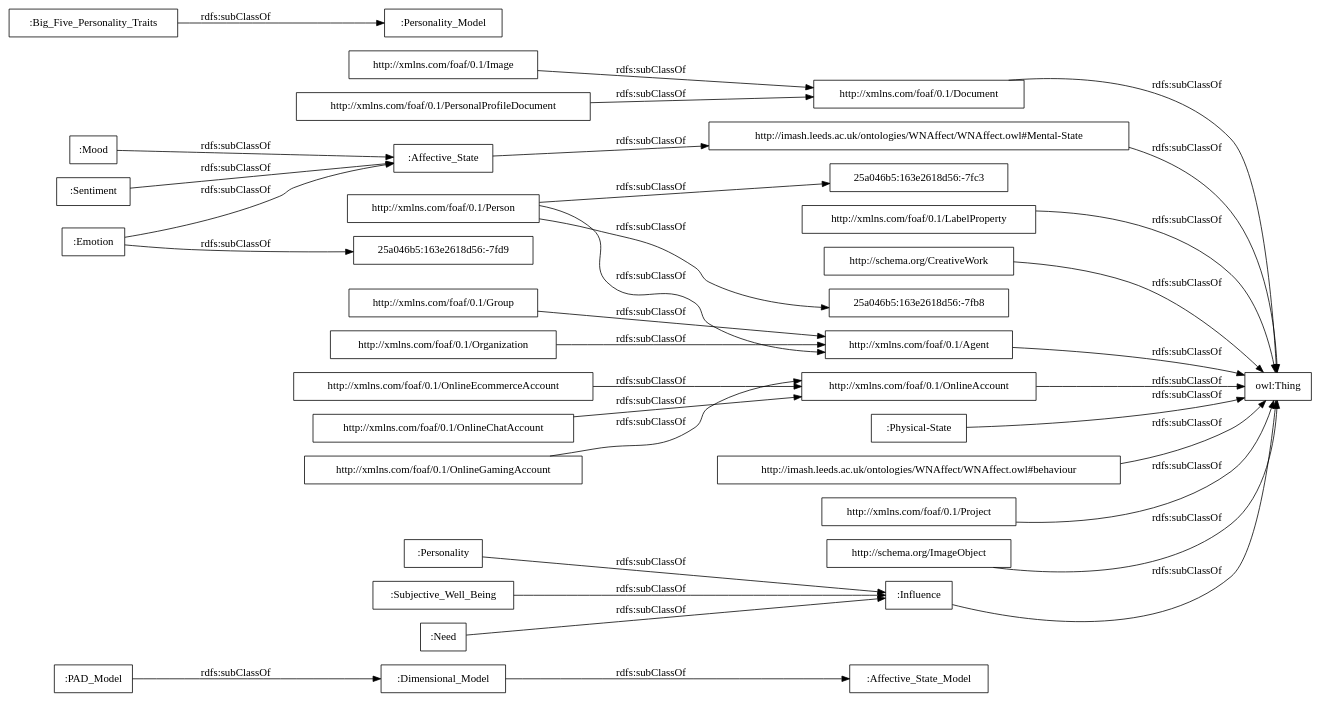
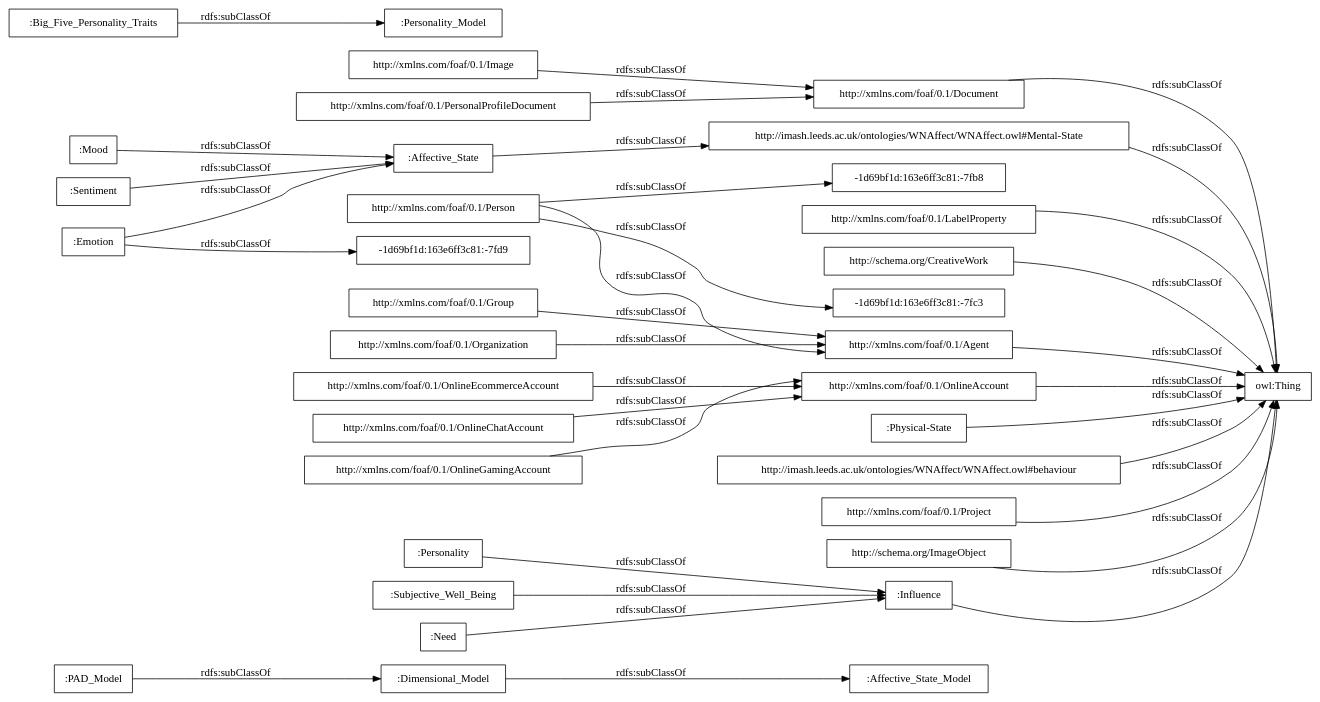
The diagram in OnToology/Affective_States_Influences_Relations_Module.owl/diagrams/ar2dtool-taxonomy/Affective_States_Influences_Relations_Module.owl.png.dot (rana-othman/HASIO-Modularization), drawn with Graphviz before and after one commit. The commit also changed 97 other files, not shown here.

```diff
--- a/OnToology/Affective_States_Influences_Relations_Module.owl/diagrams/ar2dtool-taxonomy/Affective_States_Influences_Relations_Module.owl.png.dot
+++ b/OnToology/Affective_States_Influences_Relations_Module.owl/diagrams/ar2dtool-taxonomy/Affective_States_Influences_Relations_Module.owl.png.dot
@@ -1,38 +1,38 @@
 digraph ar2dtool_diagram { 
 rankdir=LR;
 size="1000"
-node [shape = rectangle, color="black"]; ":Affective_State_Model" ":Personality" "http://xmlns.com/foaf/0.1/Document" ":Sentiment" ":Emotion" "http://xmlns.com/foaf/0.1/OnlineGamingAccount" "25a046b5:163e2618d56:-7fc3" "http://xmlns.com/foaf/0.1/Group" ":Influence" ":Affective_State" "http://imash.leeds.ac.uk/ontologies/WNAffect/WNAffect.owl#Mental-State" "http://xmlns.com/foaf/0.1/LabelProperty" ":Mood" ":Dimensional_Model" "http://xmlns.com/foaf/0.1/Person" ":Need" "25a046b5:163e2618d56:-7fb8" "http://xmlns.com/foaf/0.1/OnlineEcommerceAccount" ":Subjective_Well_Being" "http://schema.org/CreativeWork" "http://xmlns.com/foaf/0.1/Organization" "http://xmlns.com/foaf/0.1/Agent" ":Physical-State" "http://imash.leeds.ac.uk/ontologies/WNAffect/WNAffect.owl#behaviour" ":Personality_Model" "http://xmlns.com/foaf/0.1/OnlineChatAccount" "http://xmlns.com/foaf/0.1/Image" "http://xmlns.com/foaf/0.1/PersonalProfileDocument" ":Big_Five_Personality_Traits" "25a046b5:163e2618d56:-7fd9" ":PAD_Model" "http://xmlns.com/foaf/0.1/Project" "http://schema.org/ImageObject" "http://xmlns.com/foaf/0.1/OnlineAccount" ; /*classes style*/
+node [shape = rectangle, color="black"]; ":Affective_State_Model" ":Personality" "http://xmlns.com/foaf/0.1/Document" "-1d69bf1d:163e6ff3c81:-7fb8" ":Sentiment" ":Emotion" "http://xmlns.com/foaf/0.1/OnlineGamingAccount" "http://xmlns.com/foaf/0.1/Group" ":Influence" ":Affective_State" "http://imash.leeds.ac.uk/ontologies/WNAffect/WNAffect.owl#Mental-State" "http://xmlns.com/foaf/0.1/LabelProperty" ":Mood" ":Dimensional_Model" "http://xmlns.com/foaf/0.1/Person" ":Need" "http://xmlns.com/foaf/0.1/OnlineEcommerceAccount" ":Subjective_Well_Being" "http://schema.org/CreativeWork" "http://xmlns.com/foaf/0.1/Organization" "-1d69bf1d:163e6ff3c81:-7fd9" "http://xmlns.com/foaf/0.1/Agent" ":Physical-State" "http://imash.leeds.ac.uk/ontologies/WNAffect/WNAffect.owl#behaviour" ":Personality_Model" "http://xmlns.com/foaf/0.1/OnlineChatAccount" "http://xmlns.com/foaf/0.1/Image" "-1d69bf1d:163e6ff3c81:-7fc3" "http://xmlns.com/foaf/0.1/PersonalProfileDocument" ":Big_Five_Personality_Traits" ":PAD_Model" "http://xmlns.com/foaf/0.1/Project" "http://schema.org/ImageObject" "http://xmlns.com/foaf/0.1/OnlineAccount" ; /*classes style*/
 	"http://xmlns.com/foaf/0.1/Project" -> "owl:Thing" [ label = "rdfs:subClassOf" ];
 	":Physical-State" -> "owl:Thing" [ label = "rdfs:subClassOf" ];
 	"http://xmlns.com/foaf/0.1/Document" -> "owl:Thing" [ label = "rdfs:subClassOf" ];
 	":PAD_Model" -> ":Dimensional_Model" [ label = "rdfs:subClassOf" ];
 	"http://schema.org/ImageObject" -> "owl:Thing" [ label = "rdfs:subClassOf" ];
-	":Emotion" -> "25a046b5:163e2618d56:-7fd9" [ label = "rdfs:subClassOf" ];
+	":Emotion" -> "-1d69bf1d:163e6ff3c81:-7fd9" [ label = "rdfs:subClassOf" ];
 	":Emotion" -> ":Affective_State" [ label = "rdfs:subClassOf" ];
 	":Influence" -> "owl:Thing" [ label = "rdfs:subClassOf" ];
 	"http://xmlns.com/foaf/0.1/OnlineGamingAccount" -> "http://xmlns.com/foaf/0.1/OnlineAccount" [ label = "rdfs:subClassOf" ];
 	"http://imash.leeds.ac.uk/ontologies/WNAffect/WNAffect.owl#Mental-State" -> "owl:Thing" [ label = "rdfs:subClassOf" ];
 	"http://xmlns.com/foaf/0.1/PersonalProfileDocument" -> "http://xmlns.com/foaf/0.1/Document" [ label = "rdfs:subClassOf" ];
 	"http://imash.leeds.ac.uk/ontologies/WNAffect/WNAffect.owl#behaviour" -> "owl:Thing" [ label = "rdfs:subClassOf" ];
 	":Big_Five_Personality_Traits" -> ":Personality_Model" [ label = "rdfs:subClassOf" ];
 	"http://xmlns.com/foaf/0.1/Group" -> "http://xmlns.com/foaf/0.1/Agent" [ label = "rdfs:subClassOf" ];
 	"http://xmlns.com/foaf/0.1/OnlineChatAccount" -> "http://xmlns.com/foaf/0.1/OnlineAccount" [ label = "rdfs:subClassOf" ];
 	":Sentiment" -> ":Affective_State" [ label = "rdfs:subClassOf" ];
 	":Subjective_Well_Being" -> ":Influence" [ label = "rdfs:subClassOf" ];
 	"http://xmlns.com/foaf/0.1/Image" -> "http://xmlns.com/foaf/0.1/Document" [ label = "rdfs:subClassOf" ];
 	":Affective_State" -> "http://imash.leeds.ac.uk/ontologies/WNAffect/WNAffect.owl#Mental-State" [ label = "rdfs:subClassOf" ];
-	"http://xmlns.com/foaf/0.1/Person" -> "25a046b5:163e2618d56:-7fb8" [ label = "rdfs:subClassOf" ];
-	"http://xmlns.com/foaf/0.1/Person" -> "25a046b5:163e2618d56:-7fc3" [ label = "rdfs:subClassOf" ];
+	"http://xmlns.com/foaf/0.1/Person" -> "-1d69bf1d:163e6ff3c81:-7fb8" [ label = "rdfs:subClassOf" ];
+	"http://xmlns.com/foaf/0.1/Person" -> "-1d69bf1d:163e6ff3c81:-7fc3" [ label = "rdfs:subClassOf" ];
 	"http://xmlns.com/foaf/0.1/Person" -> "http://xmlns.com/foaf/0.1/Agent" [ label = "rdfs:subClassOf" ];
 	":Dimensional_Model" -> ":Affective_State_Model" [ label = "rdfs:subClassOf" ];
 	"http://xmlns.com/foaf/0.1/Agent" -> "owl:Thing" [ label = "rdfs:subClassOf" ];
 	":Personality" -> ":Influence" [ label = "rdfs:subClassOf" ];
 	"http://xmlns.com/foaf/0.1/Organization" -> "http://xmlns.com/foaf/0.1/Agent" [ label = "rdfs:subClassOf" ];
 	"http://xmlns.com/foaf/0.1/OnlineAccount" -> "owl:Thing" [ label = "rdfs:subClassOf" ];
 	":Mood" -> ":Affective_State" [ label = "rdfs:subClassOf" ];
 	"http://schema.org/CreativeWork" -> "owl:Thing" [ label = "rdfs:subClassOf" ];
 	"http://xmlns.com/foaf/0.1/LabelProperty" -> "owl:Thing" [ label = "rdfs:subClassOf" ];
 	":Need" -> ":Influence" [ label = "rdfs:subClassOf" ];
 	"http://xmlns.com/foaf/0.1/OnlineEcommerceAccount" -> "http://xmlns.com/foaf/0.1/OnlineAccount" [ label = "rdfs:subClassOf" ];
 
 }
```
